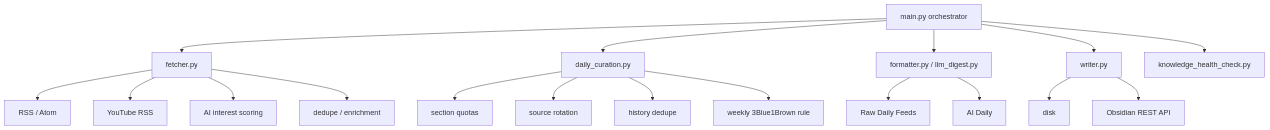
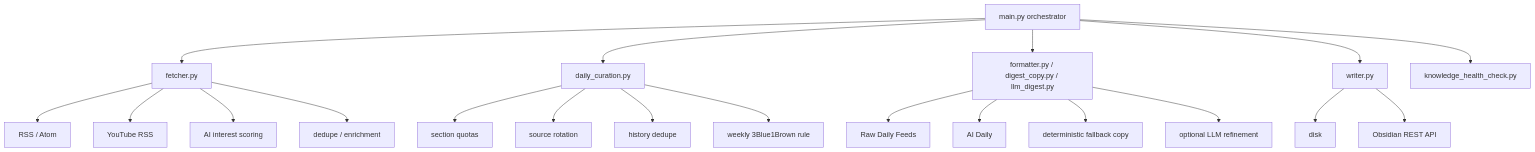
Before and after one commit to haoran3160-afk/pkm_obsidian_workflow: the diagram in README.md, drawn with Mermaid. The commit also changed other lines of this file and 15 other files, not shown here.

````diff
--- a/README.md
+++ b/README.md
@@ -81,24 +80,26 @@
 ```mermaid
 graph TD
     A["main.py orchestrator"] --> B["fetcher.py"]
     A --> C["daily_curation.py"]
-    A --> D["formatter.py / llm_digest.py"]
+    A --> D["formatter.py / digest_copy.py / llm_digest.py"]
     A --> E["writer.py"]
     A --> F["knowledge_health_check.py"]
 
     B --> B1["RSS / Atom"]
     B --> B2["YouTube RSS"]
     B --> B3["AI interest scoring"]
     B --> B4["dedupe / enrichment"]
 
     C --> C1["section quotas"]
     C --> C2["source rotation"]
     C --> C3["history dedupe"]
     C --> C4["weekly 3Blue1Brown rule"]
 
     D --> D1["Raw Daily Feeds"]
     D --> D2["AI Daily"]
+    D --> D3["deterministic fallback copy"]
+    D --> D4["optional LLM refinement"]
 
     E --> E1["disk"]
     E --> E2["Obsidian REST API"]
 ```
````
